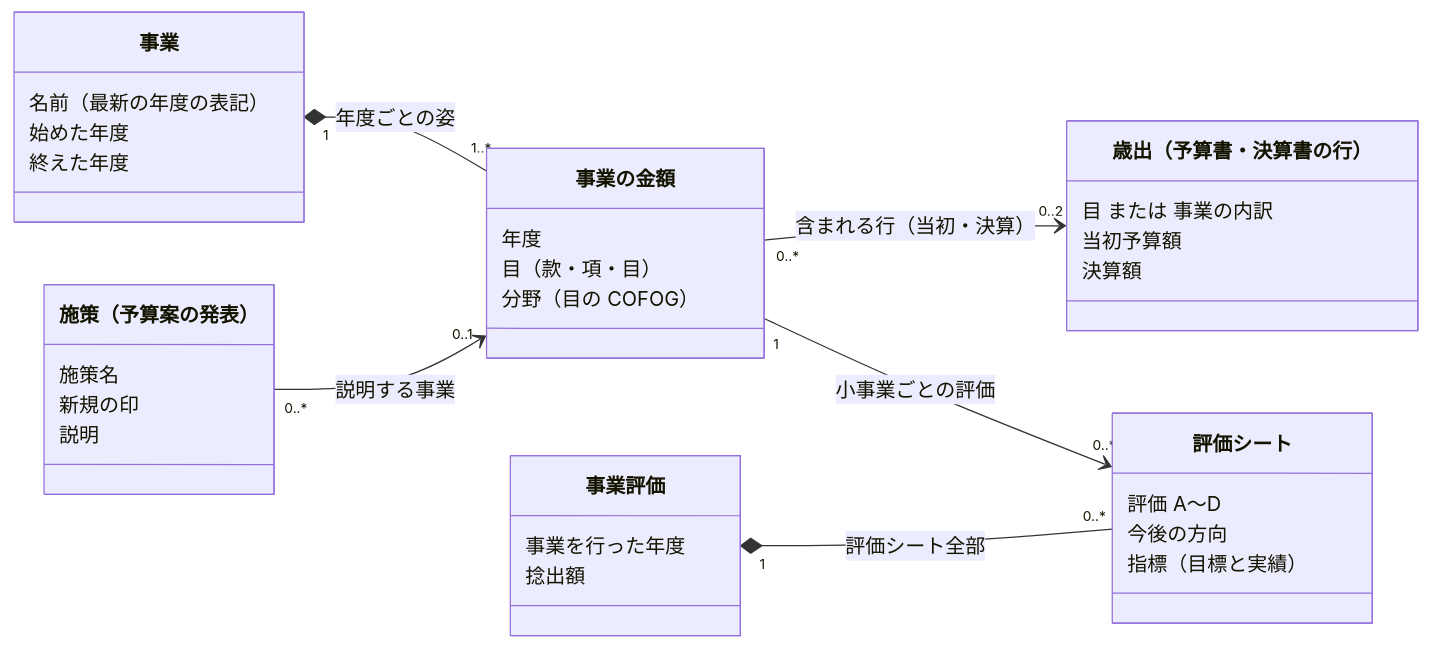
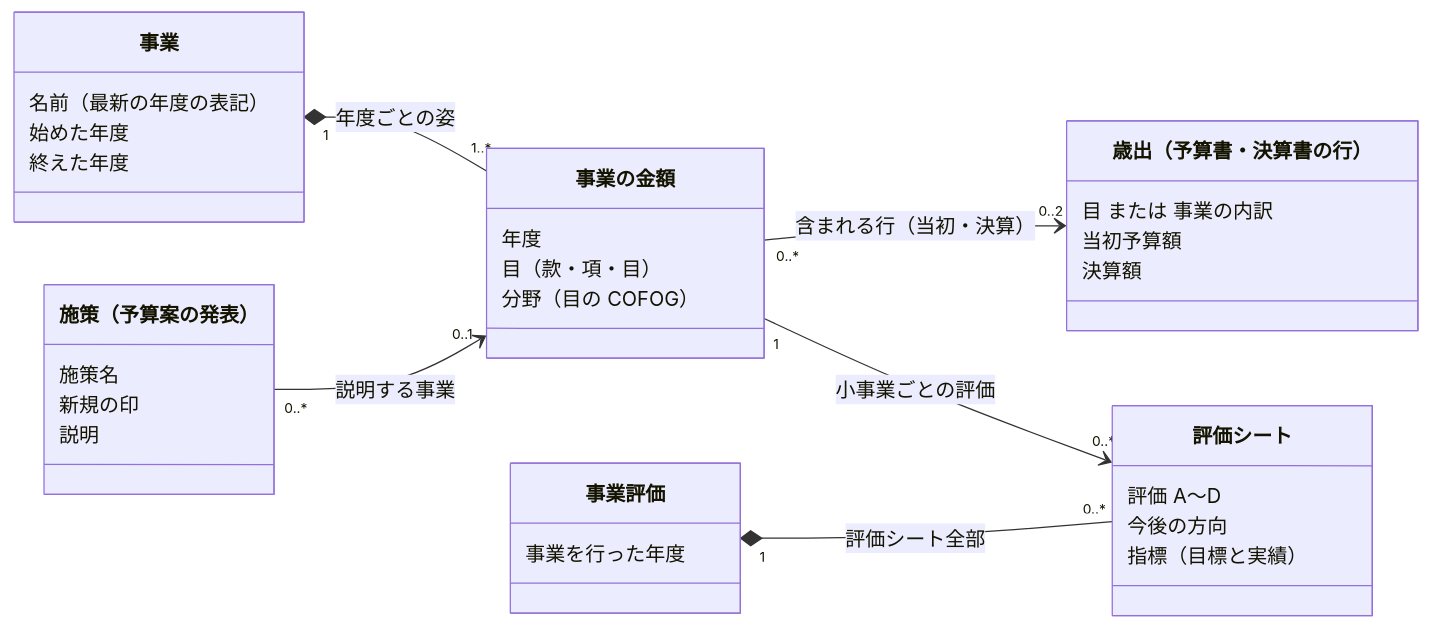
Before and after one commit to fudoki-hensansitu/fudoki: the diagram in docs/prd/jurisdiction-page-data/project-domain-model.md, drawn with Mermaid. The commit also changed other lines of this file and 6 other files, not shown here.

````diff
--- a/docs/prd/jurisdiction-page-data/project-domain-model.md
+++ b/docs/prd/jurisdiction-page-data/project-domain-model.md
@@ -17,38 +17,37 @@
 ```mermaid
 classDiagram
     direction LR
     class Project["事業"] {
         名前（最新の年度の表記）
         始めた年度
         終えた年度
     }
     class ProjectYear["事業の金額"] {
         年度
         目（款・項・目）
         分野（目の COFOG）
     }
     class Initiative["施策（予算案の発表）"] {
         施策名
         新規の印
         説明
     }
     class Expenditure["歳出（予算書・決算書の行）"] {
         目 または 事業の内訳
         当初予算額
         決算額
     }
     class EvaluationRoot["事業評価"] {
         事業を行った年度
-        捻出額
     }
     class Evaluation["評価シート"] {
         評価 A〜D
         今後の方向
         指標（目標と実績）
     }
     Project "1" *-- "1..*" ProjectYear : 年度ごとの姿
     ProjectYear "0..*" --> "0..2" Expenditure : 含まれる行（当初・決算）
     EvaluationRoot "1" *-- "0..*" Evaluation : 評価シート全部
     ProjectYear "1" --> "0..*" Evaluation : 小事業ごとの評価
     Initiative "0..*" --> "0..1" ProjectYear : 説明する事業
 ```
````
